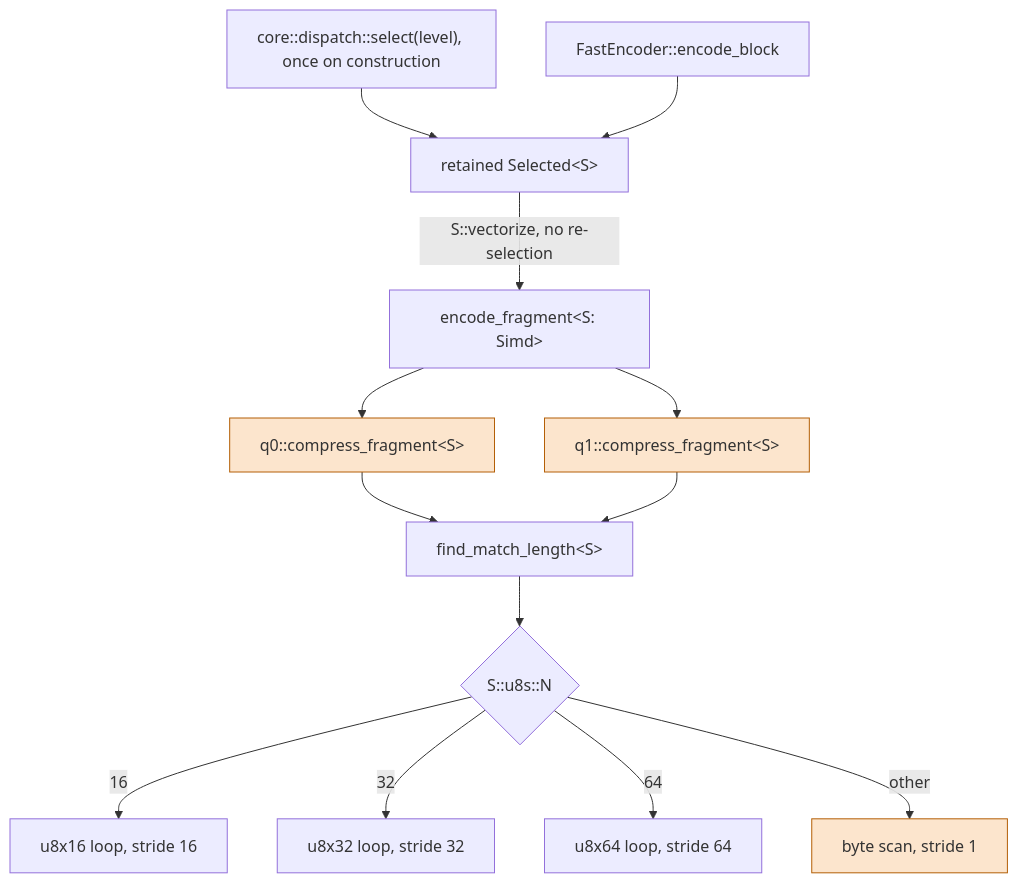
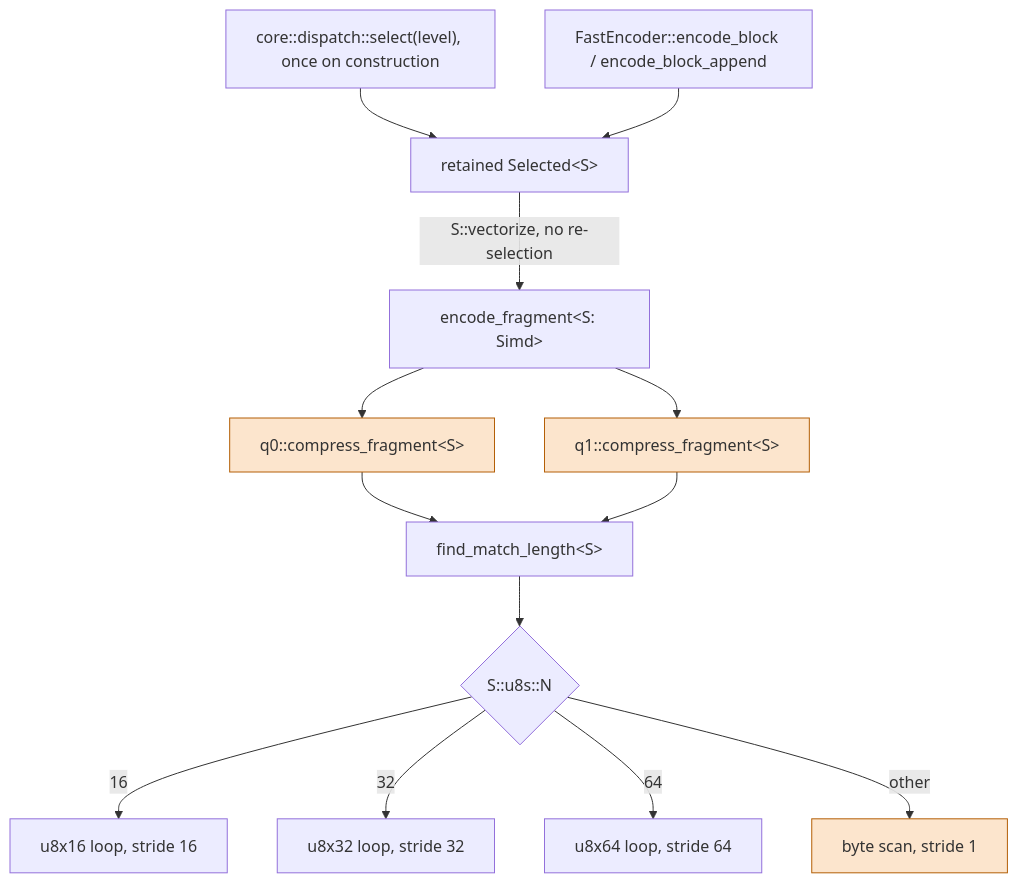
Before and after one commit to Mnwa/mbrotli: the eighth of 9 diagrams in architecture/fast-encoder.md, drawn with Mermaid. The commit also changed other lines of this file and 34 other files, not shown here.

````diff
--- a/architecture/fast-encoder.md
+++ b/architecture/fast-encoder.md
@@ -273,18 +275,18 @@
 ```mermaid
 graph TD
     select["core::dispatch::select(level), once on construction"] --> kernel["retained Selected&lt;S&gt;"]
-    A["FastEncoder::encode_block"] --> kernel
+    A["FastEncoder::encode_block / encode_block_append"] --> kernel
     kernel -->|"S::vectorize, no re-selection"| B["encode_fragment&lt;S: Simd&gt;"]
     B --> C["q0::compress_fragment&lt;S&gt;"]
     B --> D["q1::compress_fragment&lt;S&gt;"]
     C --> E["find_match_length&lt;S&gt;"]
     D --> E
     E --> F{"S::u8s::N"}
     F -->|16| G["u8x16 loop, stride 16"]
     F -->|32| H["u8x32 loop, stride 32"]
     F -->|64| I["u8x64 loop, stride 64"]
     F -->|other| J["byte scan, stride 1"]
 
     classDef scalar fill:#fce5cd,stroke:#b45f06;
     class C,D,J scalar;
 ```
````
